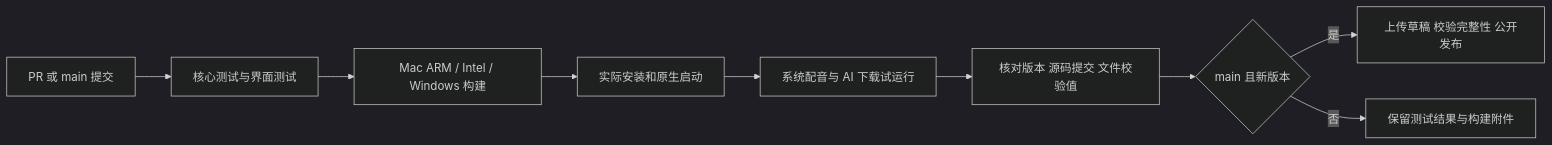
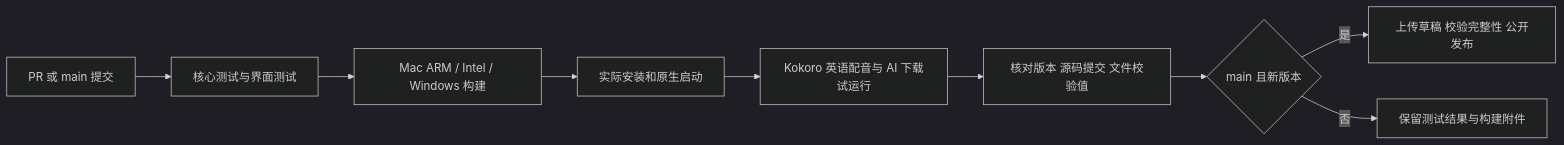
Before and after one commit to FeeChain/maidcafe: the diagram in RELEASING.md, drawn with Mermaid (dark theme). The commit also changed other lines of this file and 6 other files, not shown here.

````diff
--- a/RELEASING.md
+++ b/RELEASING.md
@@ -25,11 +25,11 @@
 ```mermaid
 flowchart LR
   A[PR 或 main 提交] --> B[核心测试与界面测试]
   B --> C[Mac ARM / Intel / Windows 构建]
   C --> D[实际安装和原生启动]
-  D --> E[系统配音与 AI 下载试运行]
+  D --> E[Kokoro 英语配音与 AI 下载试运行]
   E --> F[核对版本 源码提交 文件校验值]
   F --> G{main 且新版本}
   G -->|是| H[上传草稿 校验完整性 公开发布]
   G -->|否| I[保留测试结果与构建附件]
 ```
````
